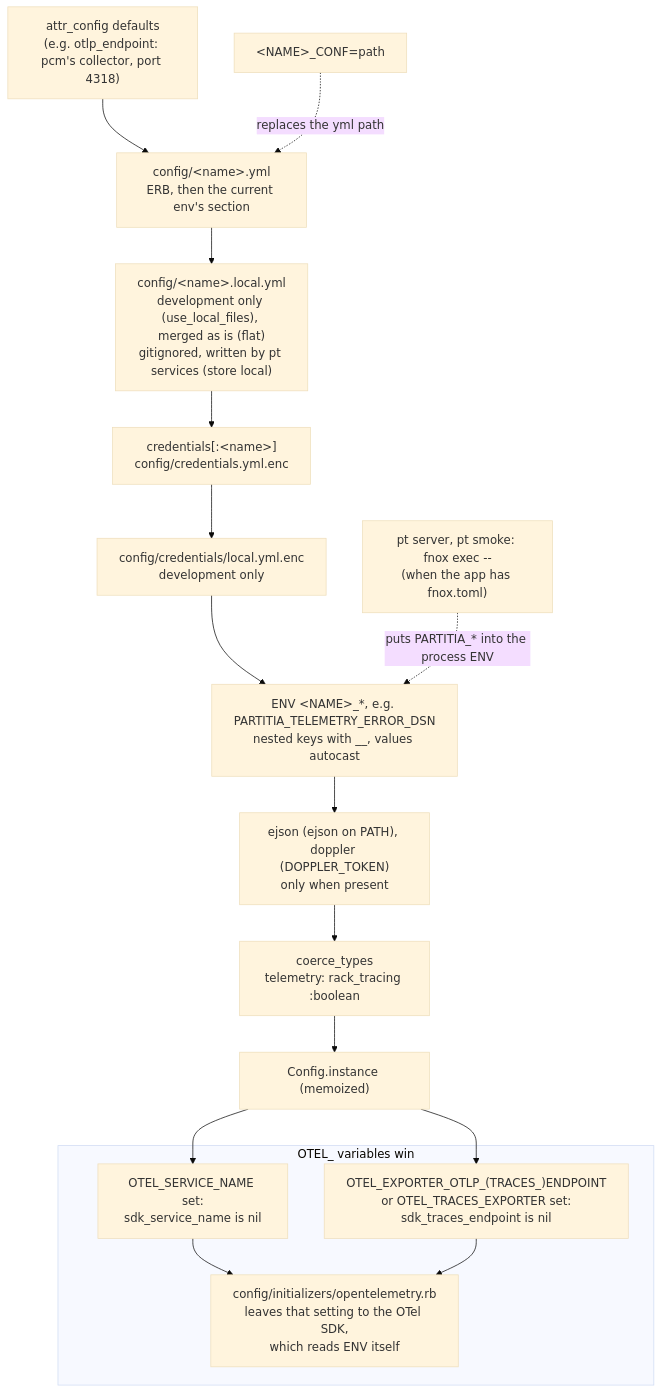
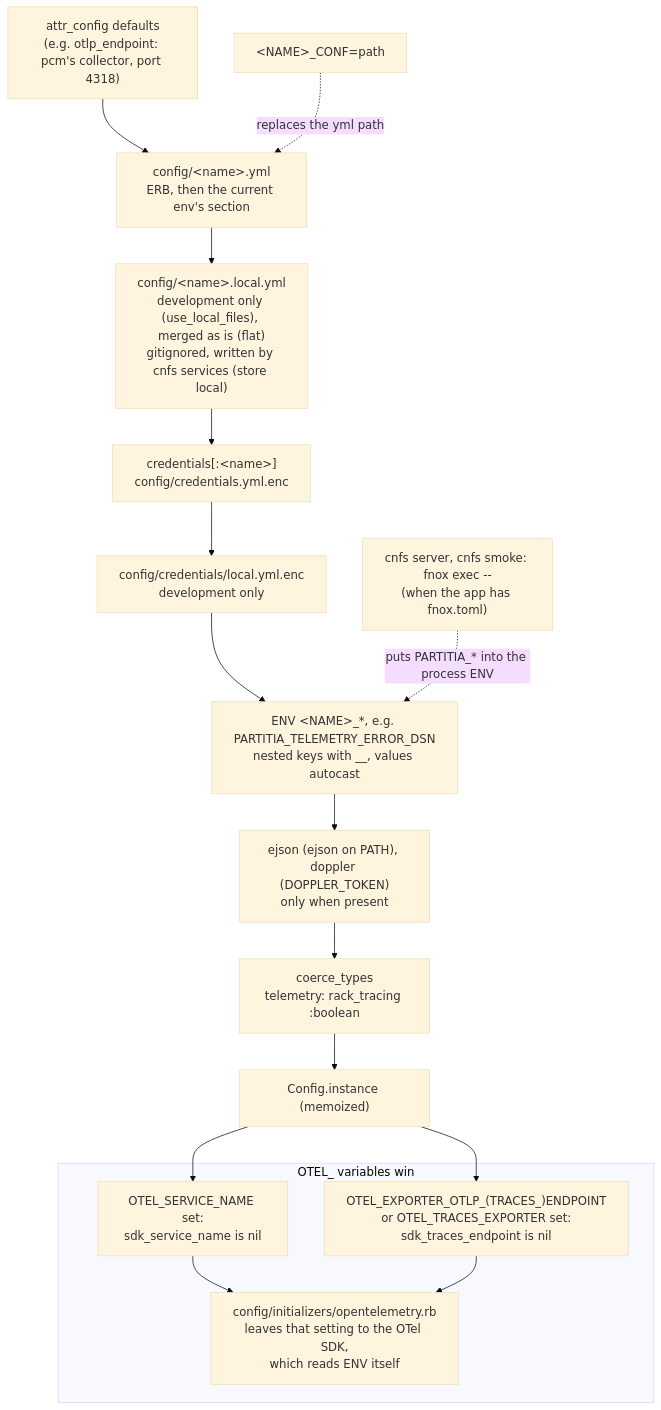
The ninth of 9 diagrams in DIAGRAMS.md (cnfs-io/partitia), drawn with Mermaid (base theme) before and after one commit. The commit also changed other lines of this file and 11 other files, not shown here.

First line of the commit message:
partitia: the CLI is cnfs (was partitia/pt): docs, installer messages, specs

````diff
--- a/DIAGRAMS.md
+++ b/DIAGRAMS.md
@@ -443,25 +443,25 @@
 ```mermaid
 flowchart TB
   def["attr_config defaults<br/>(e.g. otlp_endpoint: pcm's collector, port 4318)"]
   yml["config/#lt;name#gt;.yml<br/>ERB, then the current env's section"]
-  lyml["config/#lt;name#gt;.local.yml<br/>development only (use_local_files), merged as is (flat)<br/>gitignored, written by pt services (store local)"]
+  lyml["config/#lt;name#gt;.local.yml<br/>development only (use_local_files), merged as is (flat)<br/>gitignored, written by cnfs services (store local)"]
   cred["credentials[:#lt;name#gt;]<br/>config/credentials.yml.enc"]
   lcred["config/credentials/local.yml.enc<br/>development only"]
   env["ENV #lt;NAME#gt;_*, e.g. PARTITIA_TELEMETRY_ERROR_DSN<br/>nested keys with __, values autocast"]
   opt["ejson (ejson on PATH), doppler (DOPPLER_TOKEN)<br/>only when present"]
   coerce["coerce_types<br/>telemetry: rack_tracing :boolean"]
   inst["Config.instance (memoized)"]
 
   def --> yml --> lyml --> cred --> lcred --> env --> opt --> coerce --> inst
 
-  fnoxx["pt server, pt smoke: fnox exec --<br/>(when the app has fnox.toml)"] -. "puts PARTITIA_* into the process ENV" .-> env
+  fnoxx["cnfs server, cnfs smoke: fnox exec --<br/>(when the app has fnox.toml)"] -. "puts PARTITIA_* into the process ENV" .-> env
   conf["#lt;NAME#gt;_CONF=path"] -. "replaces the yml path" .-> yml
 
   subgraph otel["OTEL_ variables win"]
     o1["OTEL_SERVICE_NAME set:<br/>sdk_service_name is nil"]
     o2["OTEL_EXPORTER_OTLP_(TRACES_)ENDPOINT<br/>or OTEL_TRACES_EXPORTER set:<br/>sdk_traces_endpoint is nil"]
     sdk["config/initializers/opentelemetry.rb<br/>leaves that setting to the OTel SDK,<br/>which reads ENV itself"]
     o1 & o2 --> sdk
   end
   inst --> o1 & o2
 ```
````
